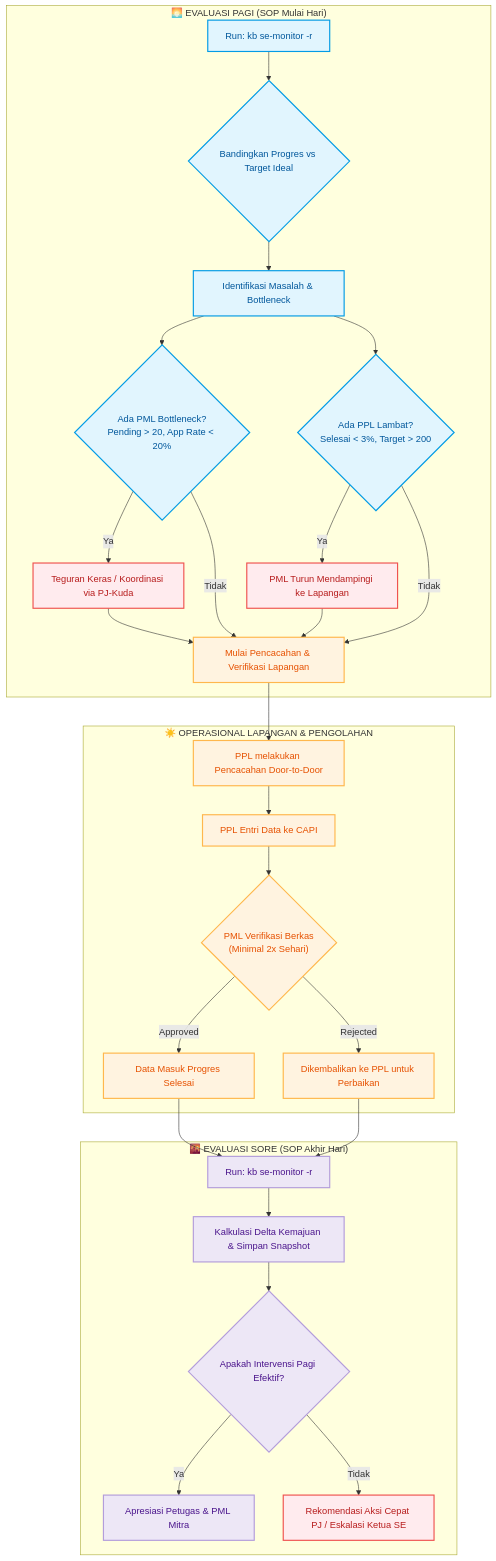
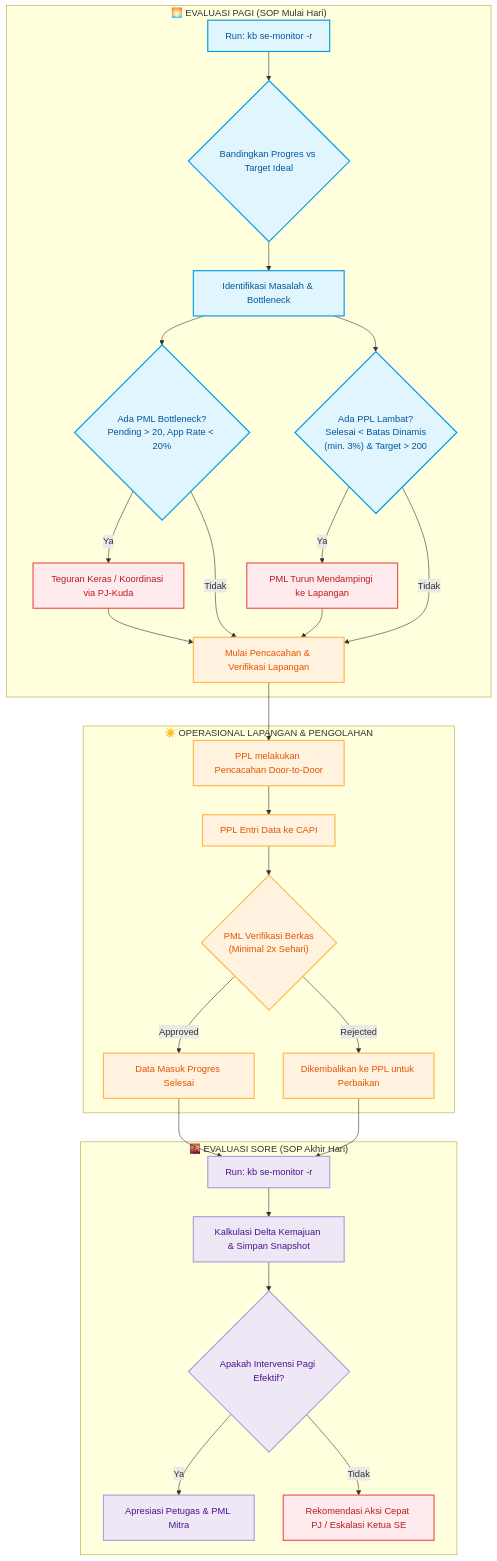
One commit to ipds6104/knowledge-base changed the diagram in kegiatan/sensus-ekonomi-2026/2026/README.md. Above: the diagram before and after it, drawn with Mermaid. The commit also changed other lines of this file, not shown here.

Commit message:
docs: update SE2026 README.md with dynamic threshold explanations and Mermaid diagram updates

````diff
--- a/kegiatan/sensus-ekonomi-2026/2026/README.md
+++ b/kegiatan/sensus-ekonomi-2026/2026/README.md
@@ -93,39 +93,39 @@
 ```mermaid
 flowchart TD
     classDef morning fill:#e1f5fe,stroke:#039be5,stroke-width:2px,color:#01579b;
     classDef afternoon fill:#fff3e0,stroke:#ffb74d,stroke-width:2px,color:#e65100;
     classDef evening fill:#ede7f6,stroke:#b39ddb,stroke-width:2px,color:#4a148c;
     classDef critical fill:#ffebee,stroke:#ef5350,stroke-width:2px,color:#b71c1c;
 
     subgraph Pagi ["🌅 EVALUASI PAGI (SOP Mulai Hari)"]
         A["Run: kb se-monitor -r"]:::morning --> B{"Bandingkan Progres vs Target Ideal"}:::morning
         B --> C["Identifikasi Masalah & Bottleneck"]:::morning
         C --> D1{"Ada PML Bottleneck?\nPending > 20, App Rate < 20%"}:::morning
-        C --> D2{"Ada PPL Lambat?\nSelesai < 3%, Target > 200"}:::morning
+        C --> D2{"Ada PPL Lambat?\nSelesai < Batas Dinamis\n(min. 3%) & Target > 200"}:::morning
         
         D1 -- Ya --> E1["Teguran Keras / Koordinasi via PJ-Kuda"]:::critical
         D2 -- Ya --> E2["PML Turun Mendampingi ke Lapangan"]:::critical
         
         E1 --> F["Mulai Pencacahan & Verifikasi Lapangan"]:::afternoon
         E2 --> F
         D1 -- Tidak --> F
         D2 -- Tidak --> F
     end
 
     subgraph Siang ["☀️ OPERASIONAL LAPANGAN & PENGOLAHAN"]
         F --> G["PPL melakukan Pencacahan Door-to-Door"]:::afternoon
         G --> H["PPL Entri Data ke CAPI"]:::afternoon
         H --> I{"PML Verifikasi Berkas\n(Minimal 2x Sehari)"}:::afternoon
         I -->|Approved| J["Data Masuk Progres Selesai"]:::afternoon
         I -->|Rejected| K["Dikembalikan ke PPL untuk Perbaikan"]:::afternoon
     end
 
     subgraph Sore ["🌇 EVALUASI SORE (SOP Akhir Hari)"]
         J --> L["Run: kb se-monitor -r"]:::evening
         K --> L
         L --> M["Kalkulasi Delta Kemajuan & Simpan Snapshot"]:::evening
         M --> N{"Apakah Intervensi Pagi Efektif?"}:::evening
         N -->|Ya| O["Apresiasi Petugas & PML Mitra"]:::evening
         N -->|Tidak| P["Rekomendasi Aksi Cepat PJ / Eskalasi Ketua SE"]:::critical
     end
 ```
````
